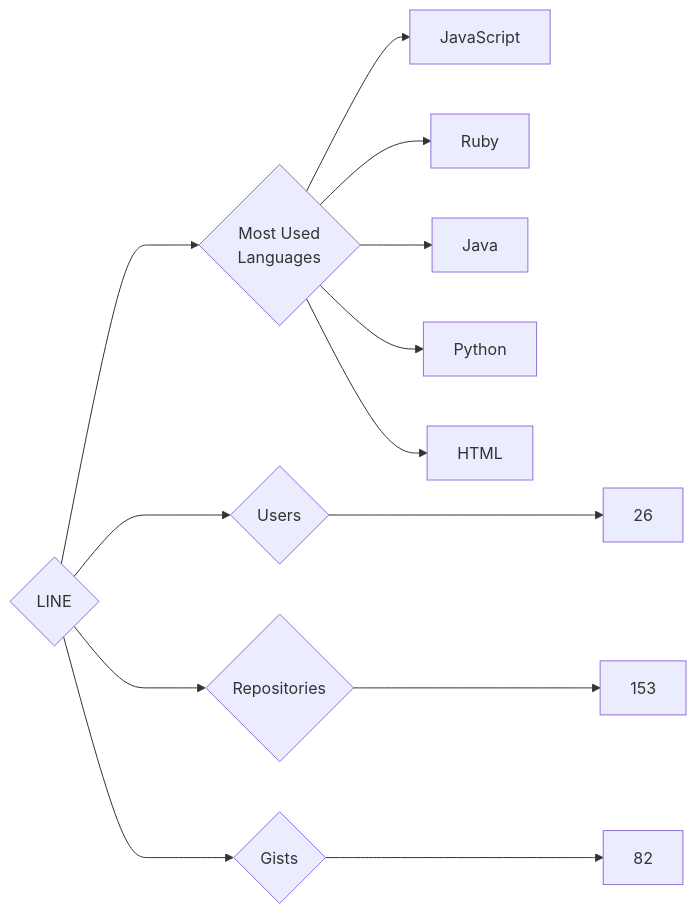
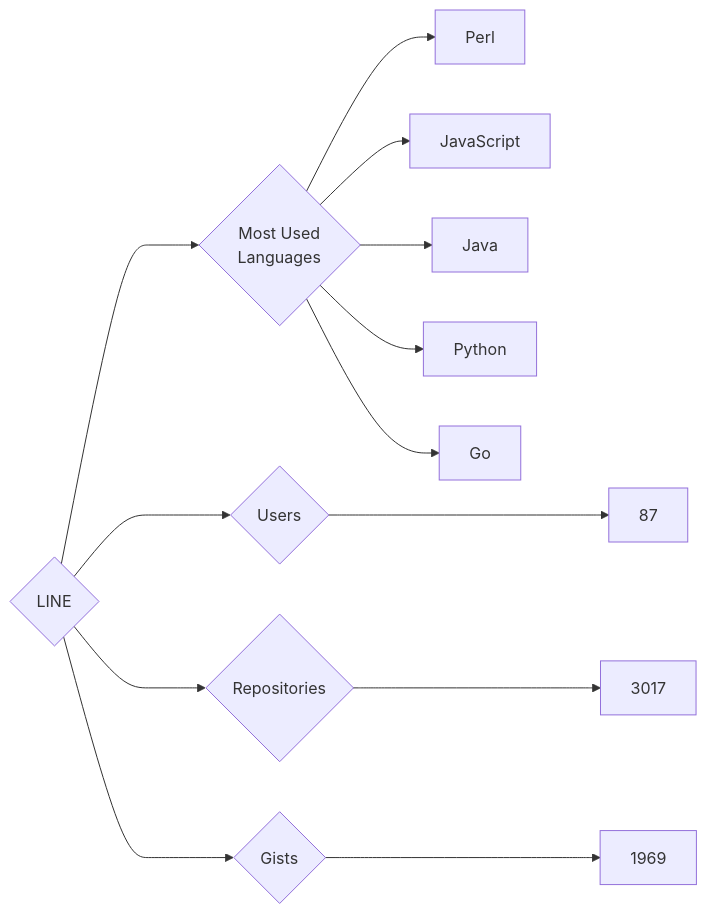
The diagram in targets/LINE/README.md (trickest/insiders), drawn with Mermaid before and after one commit. The commit also changed 748 other files, not shown here.

````diff
--- a/targets/LINE/README.md
+++ b/targets/LINE/README.md
@@ -3,13 +3,13 @@
 ```mermaid
 graph LR
 COMPANY_NAME{LINE}
-COMPANY_NAME ---> U{Users} ---> UN[26]
-COMPANY_NAME ---> R{Repositories} ---> RN[153]
-COMPANY_NAME ---> G{Gists} ---> GN[82]
+COMPANY_NAME ---> U{Users} ---> UN[87]
+COMPANY_NAME ---> R{Repositories} ---> RN[3017]
+COMPANY_NAME ---> G{Gists} ---> GN[1969]
 COMPANY_NAME ---> ML{Most Used<br>Languages}
+ML --> Perl[Perl]
 ML --> JavaScript[JavaScript]
-ML --> Ruby[Ruby]
 ML --> Java[Java]
 ML --> Python[Python]
-ML --> HTML[HTML]
+ML --> Go[Go]
 ```
````
